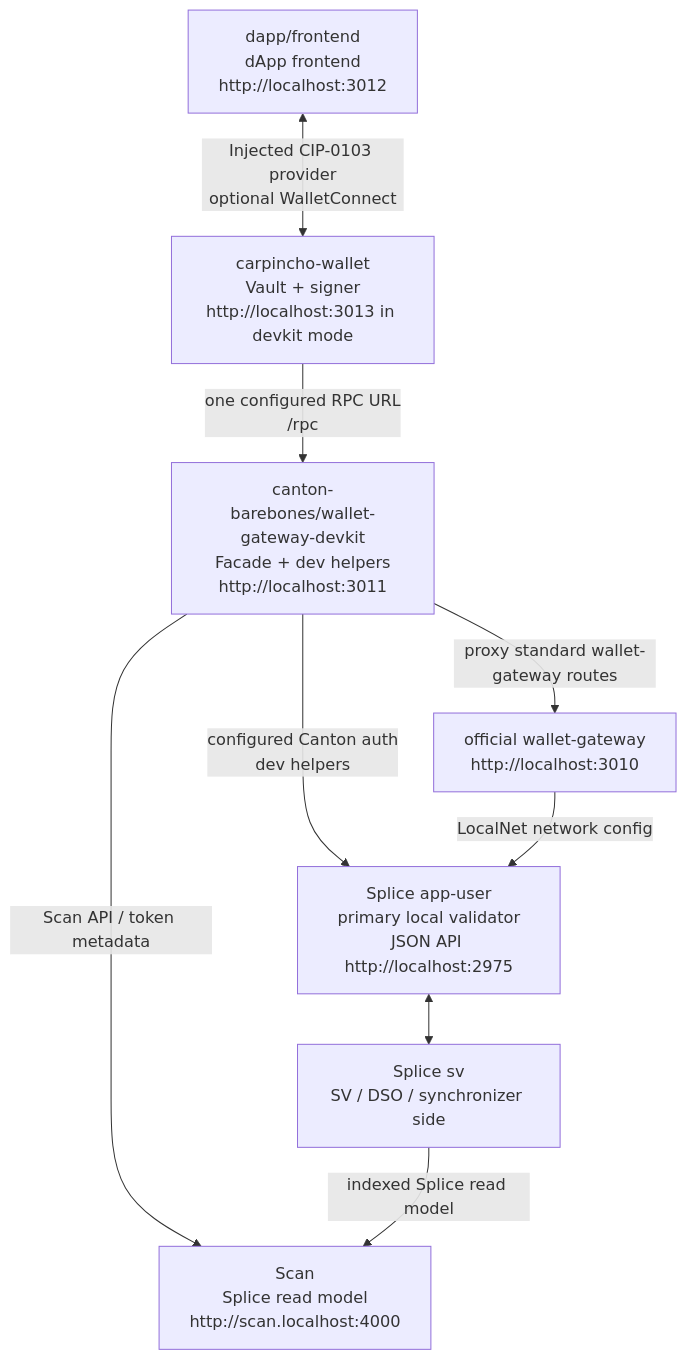
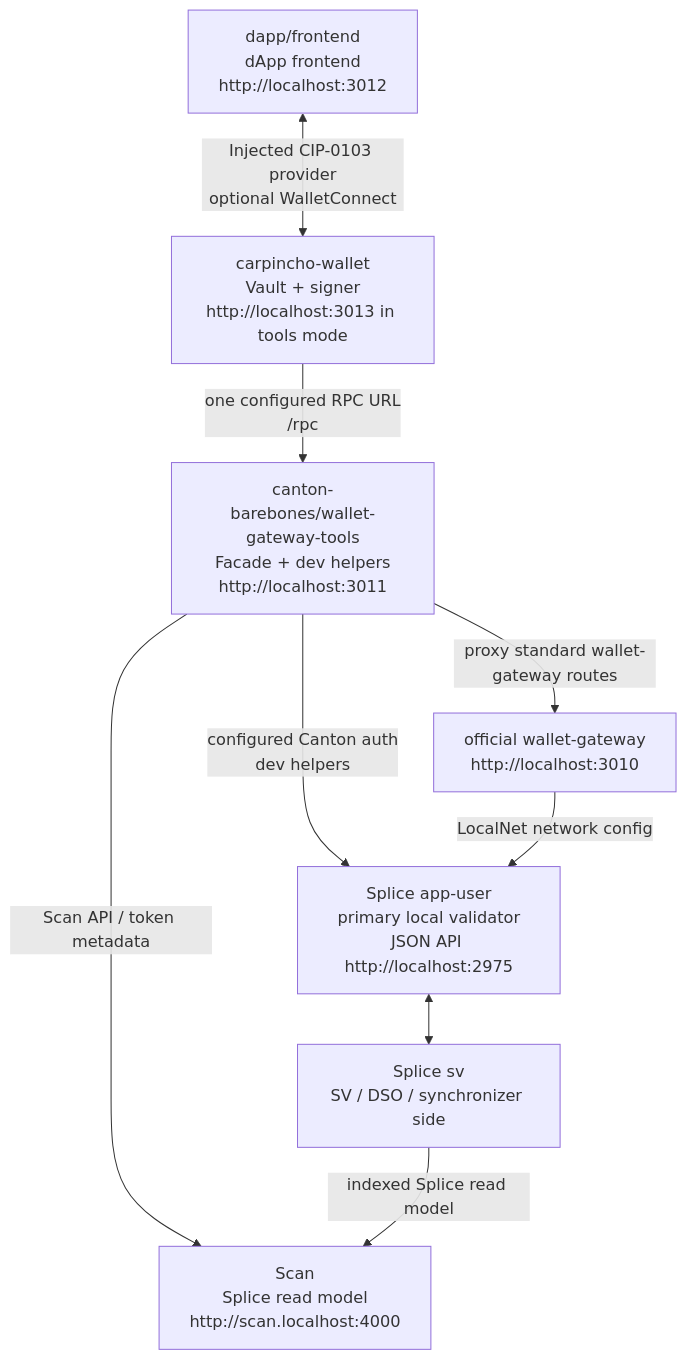
One commit to BootNodeDev/cn-dappbooster changed the diagram in README.md. Above: the diagram before and after it, drawn with Mermaid. The commit also changed other lines of this file and 49 other files, not shown here.

Commit message:
refactor(canton-barebones): rename wallet gateway tools

````diff
--- a/README.md
+++ b/README.md
@@ -5,19 +5,19 @@
 ```mermaid
 flowchart TD
   fe["dapp/frontend<br/>dApp frontend<br/>http://localhost:3012"]
-  wallet["carpincho-wallet<br/>Vault + signer<br/>http://localhost:3013 in devkit mode"]
-  devkit["canton-barebones/wallet-gateway-devkit<br/>Facade + dev helpers<br/>http://localhost:3011"]
+  wallet["carpincho-wallet<br/>Vault + signer<br/>http://localhost:3013 in tools mode"]
+  tools["canton-barebones/wallet-gateway-tools<br/>Facade + dev helpers<br/>http://localhost:3011"]
   wg["official wallet-gateway<br/>http://localhost:3010"]
   au["Splice app-user<br/>primary local validator<br/>JSON API http://localhost:2975"]
   sv["Splice sv<br/>SV / DSO / synchronizer side"]
   scan["Scan<br/>Splice read model<br/>http://scan.localhost:4000"]
 
   fe <-->|"Injected CIP-0103 provider<br/>optional WalletConnect"| wallet
-  wallet -->|"one configured RPC URL<br/>/rpc"| devkit
-  devkit -->|"proxy standard wallet-gateway routes"| wg
-  devkit -->|"Scan API / token metadata"| scan
-  devkit -->|"configured Canton auth<br/>dev helpers"| au
+  wallet -->|"one configured RPC URL<br/>/rpc"| tools
+  tools -->|"proxy standard wallet-gateway routes"| wg
+  tools -->|"Scan API / token metadata"| scan
+  tools -->|"configured Canton auth<br/>dev helpers"| au
   wg -->|"LocalNet network config"| au
   au <--> sv
   sv -->|"indexed Splice read model"| scan
 ```
````
